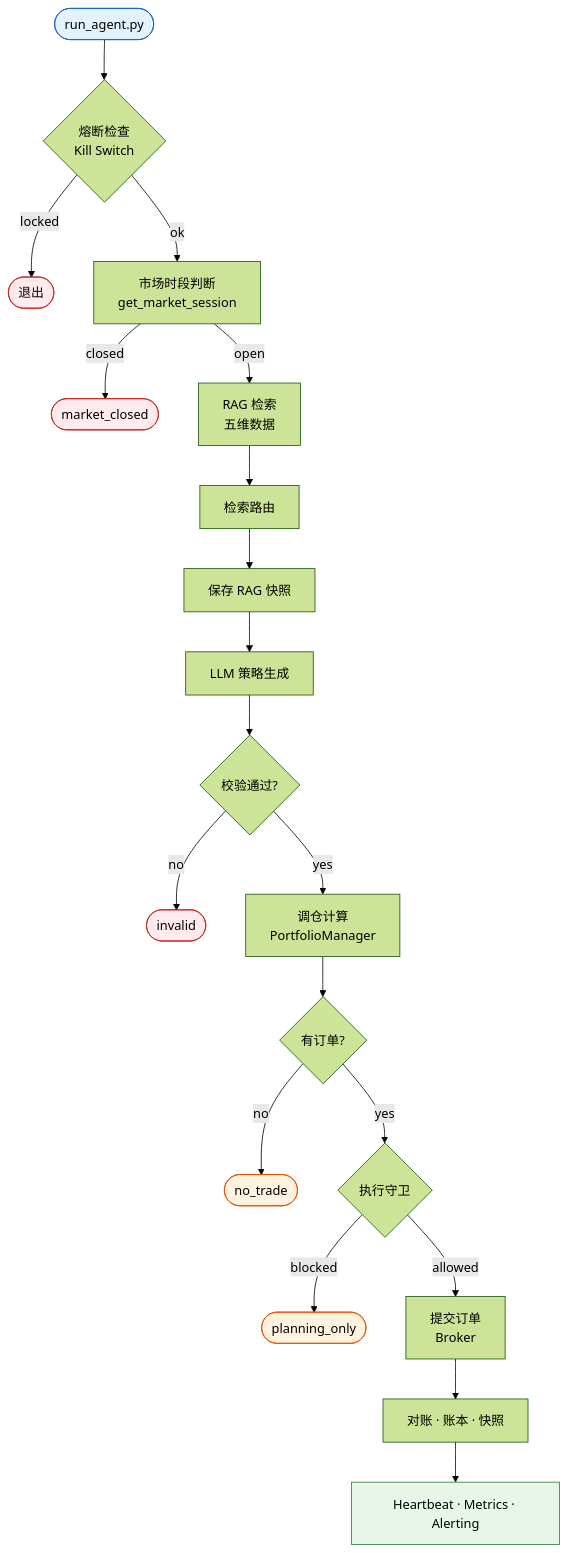
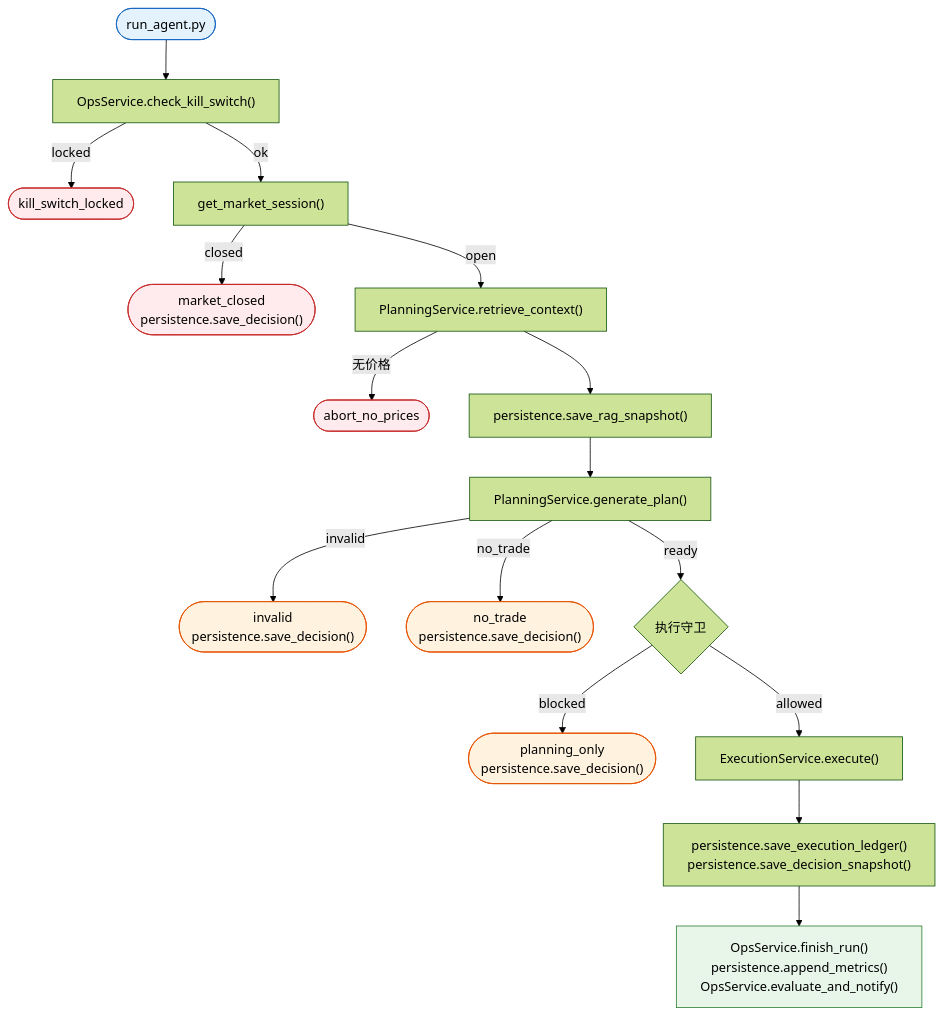
Before and after one commit to idkhgxyy/macro-quant-agent: the second of 2 diagrams in README.md, drawn with Mermaid (forest theme). The commit also changed other lines of this file and 1 other file, not shown here.

First line of the commit message:
docs: 更新架构图 (README + README.zh-CN)

````diff
--- a/README.md
+++ b/README.md
@@ -179,29 +252,27 @@
 ```mermaid
 flowchart TD
-    START([run_agent.py]) --> KS{"熔断检查<br/>Kill Switch"}
-    KS -->|locked| EXIT1([退出])
-    KS -->|ok| MS["市场时段判断<br/>get_market_session"]
-    MS -->|closed| EXIT2([market_closed])
-    MS -->|open| RAG["RAG 检索<br/>五维数据"]
-    RAG --> ROUTE["检索路由"]
-    ROUTE --> SNAP["保存 RAG 快照"]
-    SNAP --> LLM_C["LLM 策略生成"]
-    LLM_C --> VAL{"校验通过?"}
-    VAL -->|no| EXIT3([invalid])
-    VAL -->|yes| REB["调仓计算<br/>PortfolioManager"]
-    REB --> ORD{"有订单?"}
-    ORD -->|no| EXIT4([no_trade])
-    ORD -->|yes| GUARD{"执行守卫"}
-    GUARD -->|blocked| EXIT5([planning_only])
-    GUARD -->|allowed| SUB["提交订单<br/>Broker"]
-    SUB --> RECON["对账 · 账本 · 快照"]
-    RECON --> FIN["Heartbeat · Metrics · Alerting"]
+    START([run_agent.py]) --> KS["OpsService.check_kill_switch()"]
+    KS -->|locked| EXIT1([kill_switch_locked])
+    KS -->|ok| MS["get_market_session()"]
+    MS -->|closed| EXIT2(["market_closed<br/>persistence.save_decision()"])
+    MS -->|open| PL1["PlanningService.retrieve_context()"]
+    PL1 -->|无价格| EXIT3([abort_no_prices])
+    PL1 --> SNAP["persistence.save_rag_snapshot()"]
+    SNAP --> PL2["PlanningService.generate_plan()"]
+    PL2 -->|invalid| EXIT4(["invalid<br/>persistence.save_decision()"])
+    PL2 -->|no_trade| EXIT5(["no_trade<br/>persistence.save_decision()"])
+    PL2 -->|ready| GUARD{"执行守卫"}
+    GUARD -->|blocked| EXIT6(["planning_only<br/>persistence.save_decision()"])
+    GUARD -->|allowed| E["ExecutionService.execute()"]
+    E --> R["persistence.save_execution_ledger()<br/>persistence.save_decision_snapshot()"]
+    R --> FIN["OpsService.finish_run()<br/>persistence.append_metrics()<br/>OpsService.evaluate_and_notify()"]
 
     style START fill:#e3f2fd,stroke:#1565c0,color:#000
     style EXIT1 fill:#ffebee,stroke:#c62828,color:#000
     style EXIT2 fill:#ffebee,stroke:#c62828,color:#000
     style EXIT3 fill:#ffebee,stroke:#c62828,color:#000
     style EXIT4 fill:#fff3e0,stroke:#e65100,color:#000
     style EXIT5 fill:#fff3e0,stroke:#e65100,color:#000
+    style EXIT6 fill:#fff3e0,stroke:#e65100,color:#000
     style FIN fill:#e8f5e9,stroke:#2e7d32,color:#000
 ```
````
